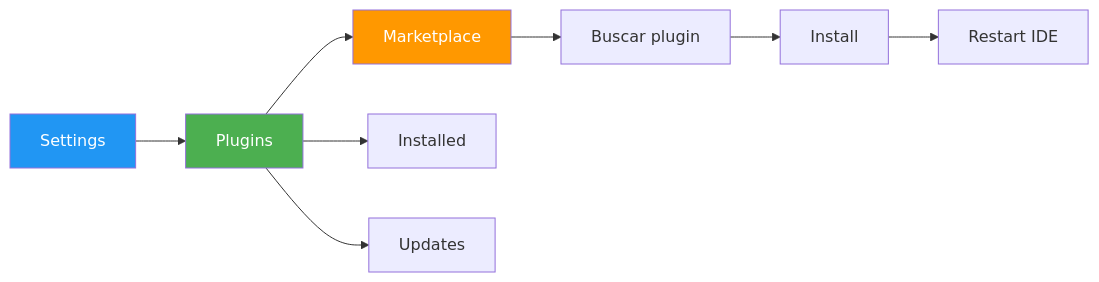
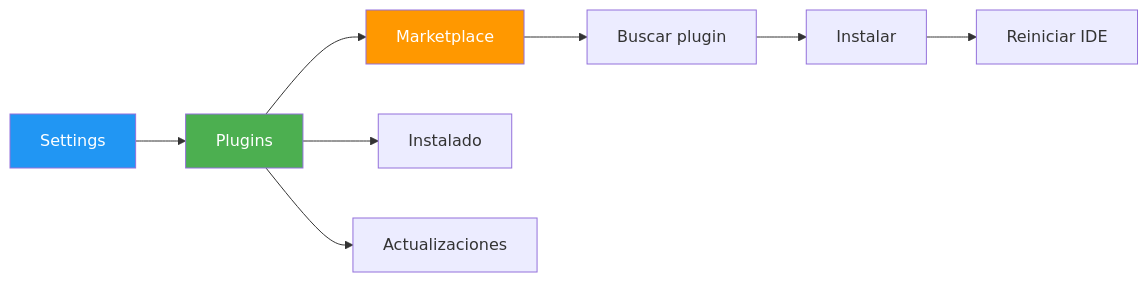
The first of 2 diagrams in 04-configuracion-personalizacion.md (joseluisgs/EntornosDesarrollo-02-2026-2027), drawn with Mermaid before and after one commit. The commit also changed other lines of this file and 9 other files, not shown here.

First line of the commit message:
[fix] Auditoría completa UD02: errores, formato, CCEE, Mermaid, ejemplos

````diff
--- a/04-configuracion-personalizacion.md
+++ b/04-configuracion-personalizacion.md
@@ -47,15 +47,15 @@
 ```mermaid
 graph LR
     A[Settings] --> B[Plugins]
     B --> C[Marketplace]
-    B --> D[Installed]
-    B --> E[Updates]
+    B --> D[Instalado]
+    B --> E[Actualizaciones]
 
     C --> F[Buscar plugin]
-    F --> G[Install]
-    G --> H[Restart IDE]
+    F --> G[Instalar]
+    G --> H[Reiniciar IDE]
 
     style A fill:#2196F3,color:#fff
     style B fill:#4CAF50,color:#fff
     style C fill:#FF9800,color:#fff
 ```
````
